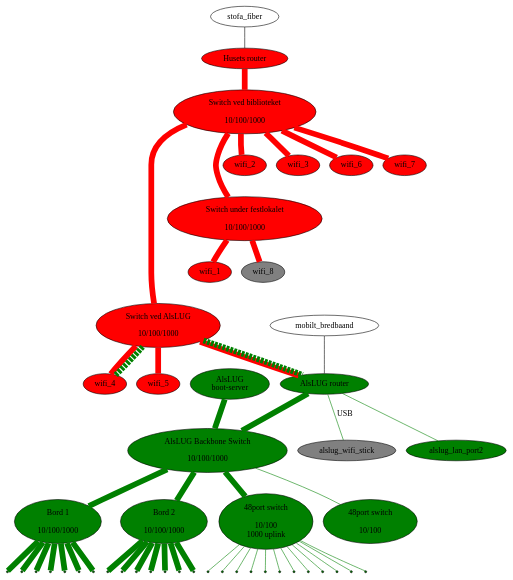
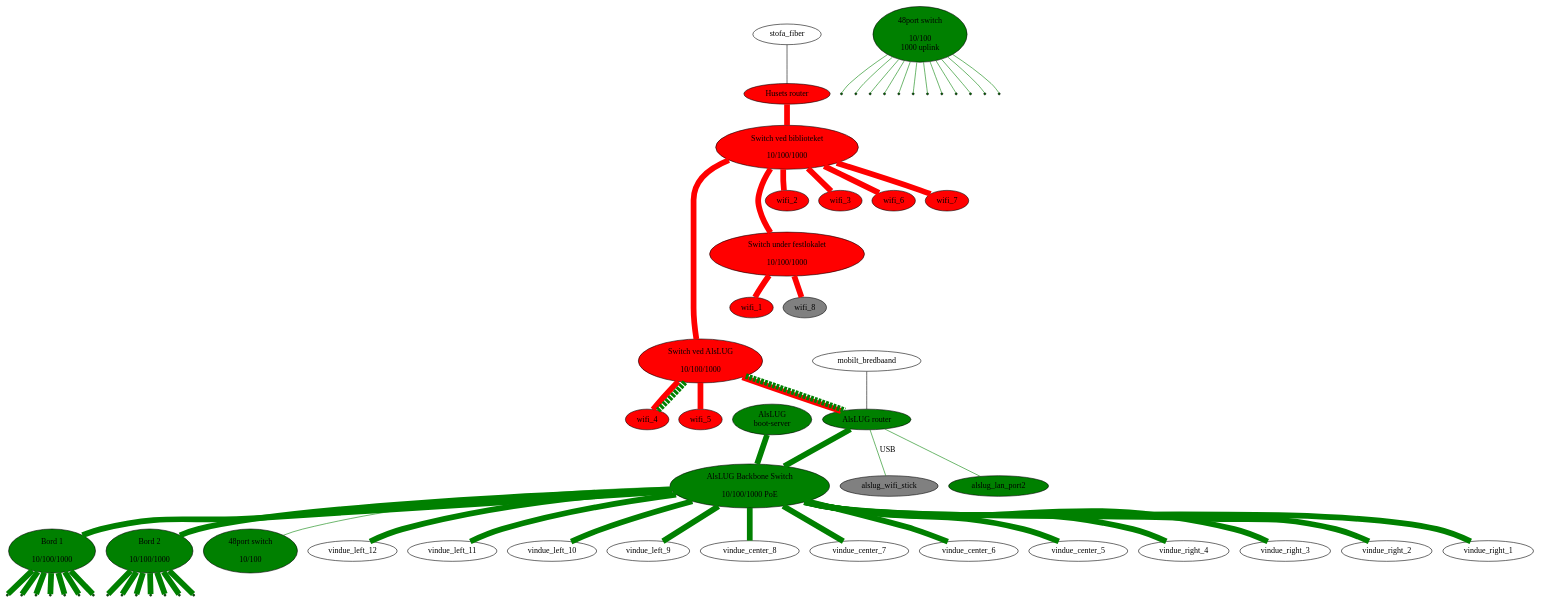
One commit to alslug/alslug.dk changed the diagram in projekter/network.dot. Above: the diagram before and after it, drawn with Graphviz.

```diff
--- a/projekter/network.dot
+++ b/projekter/network.dot
@@ -1,66 +1,71 @@
 digraph xxx {
 #  link_12a [ shape=point ];
 #  link_12b [ shape=point ];
 #  link_12c [ shape=point ];
   edge [ dir=none penwidth=10 ];
 
   node [ style=filled fillcolor=red ];
   husets_router [ label="Husets router" ];
   husets_switch_1 [ label="Switch ved biblioteket\n\n 10/100/1000" ];
   husets_switch_2 [ label="Switch ved AlsLUG\n\n 10/100/1000" ];
   festlokale_switch [ label="Switch under festlokalet\n\n 10/100/1000" ];
   wifi_1 wifi_2 wifi_3 wifi_4 wifi_5 wifi_6 wifi_7;
   wifi_8 [ fillcolor=gray ];
   
   node [ style=filled fillcolor=green ];
   alslug_router [ label="AlsLUG router" ];
   alslug_gl_bootserver [ label="AlsLUG\nboot-server" ];
-  alslug_backbone_switch [ label="AlsLUG Backbone Switch\n\n10/100/1000"];
+  alslug_backbone_switch [ label="AlsLUG Backbone Switch\n\n10/100/1000 PoE"];
   bord_1 [ label="Bord 1\n\n10/100/1000"];
   bord_2 [ label="Bord 2\n\n10/100/1000"];
   switch_48p [ label="48port switch\n\n10/100\n1000 uplink"];
   switch_48p_poe [ label="48port switch\n\n10/100"];
   alslug_wifi_stick alslug_lan_port2;
   
   node [ style=normal ];
   // Internet forbindelser
   stofa_fiber      -> husets_router [ penwidth=1 fillcolor=black style=filled ];
   mobilt_bredbaand -> alslug_router [ penwidth=1 fillcolor=black style=filled ];
   
   // Husets forbindelser
   edge  [ color=red style=solid ];
   husets_router -> husets_switch_1 -> { wifi_2 wifi_3 wifi_6 wifi_7 };
   husets_switch_1 -> husets_switch_2 -> { wifi_4 wifi_5 alslug_router};
   husets_switch_1 -> festlokale_switch -> { wifi_1 wifi_8 };
 
   // VLAN forbindelser over bakkensbros netværk
   edge  [ color=green style=dashed ];
   husets_switch_2 -> { alslug_router wifi_4 };
 
   alslug_wifi_stick [ fillcolor=gray style=filled ];
 
   // Interne forbindelser
   edge [ color=green style=solid ];
-  {alslug_router,alslug_gl_bootserver} -> alslug_backbone_switch -> { bord_1 bord_2 switch_48p }
-  alslug_router -> alslug_wifi_stick [ penwidth=1 label="USB" ];
+  {alslug_router alslug_gl_bootserver} -> alslug_backbone_switch -> { bord_1 bord_2 
+                  vindue_left_12  vindue_left_11  vindue_left_10  vindue_left_9
+                  vindue_center_8 vindue_center_7 vindue_center_6 vindue_center_5
+                  vindue_right_4  vindue_right_3  vindue_right_2  vindue_right_1
+                  }
+ 
+ alslug_router -> alslug_wifi_stick [ penwidth=1 label="USB" ];
   alslug_router -> alslug_lan_port2 [ penwidth=1 ];
   alslug_backbone_switch -> switch_48p_poe [ penwidth=1 ];
   
   node [ shape=point ];
   bord_1 -> {
                   bord_1_1 bord_1_2 bord_1_3 bord_1_4
                   bord_1_5 bord_1_6 bord_1_7
                 };
   bord_2 -> {
                   bord_2_1 bord_2_2 bord_2_3 bord_2_4
                   bord_2_5 bord_2_6 bord_2_7
                 };
   switch_48p -> {
                   switch_48p_1 switch_48p_2 switch_48p_3 switch_48p_4
                   switch_48p_5 switch_48p_6 switch_48p_7 switch_48p_8
                   switch_48p_9 switch_48p_10 switch_48p_11 switch_48p_12
                 } [ penwidth=1 ];
   
   edge [ color=invis ];
   husets_switch_1 -> wifi_2 -> festlokale_switch -> wifi_1 -> husets_switch_2;
 }
```
